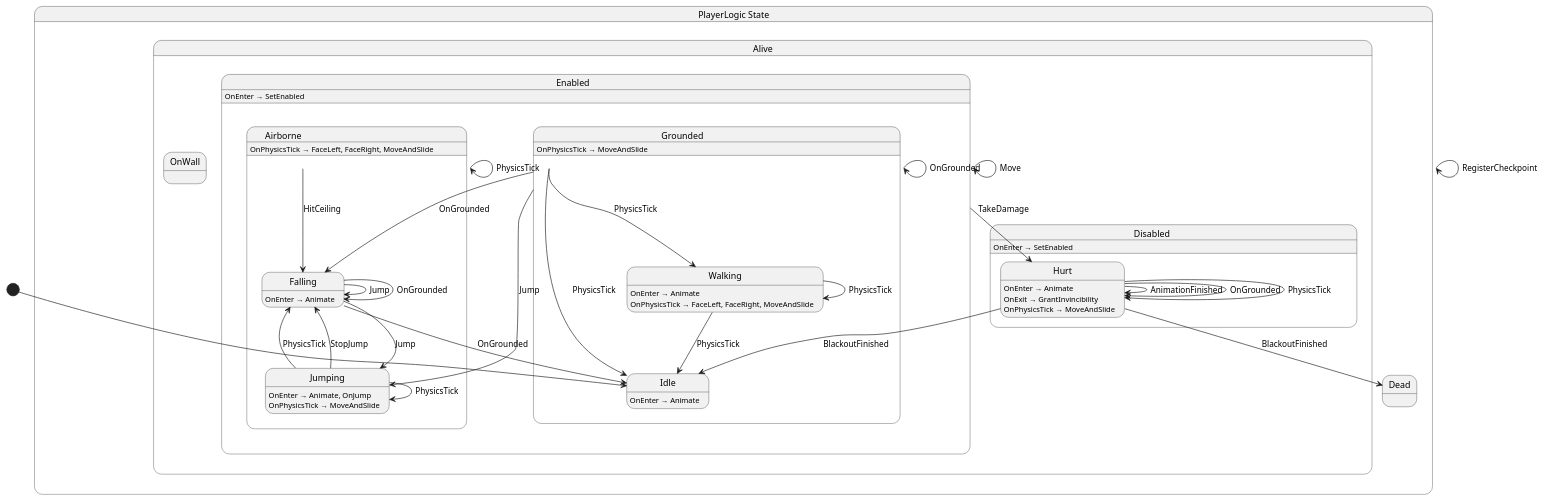
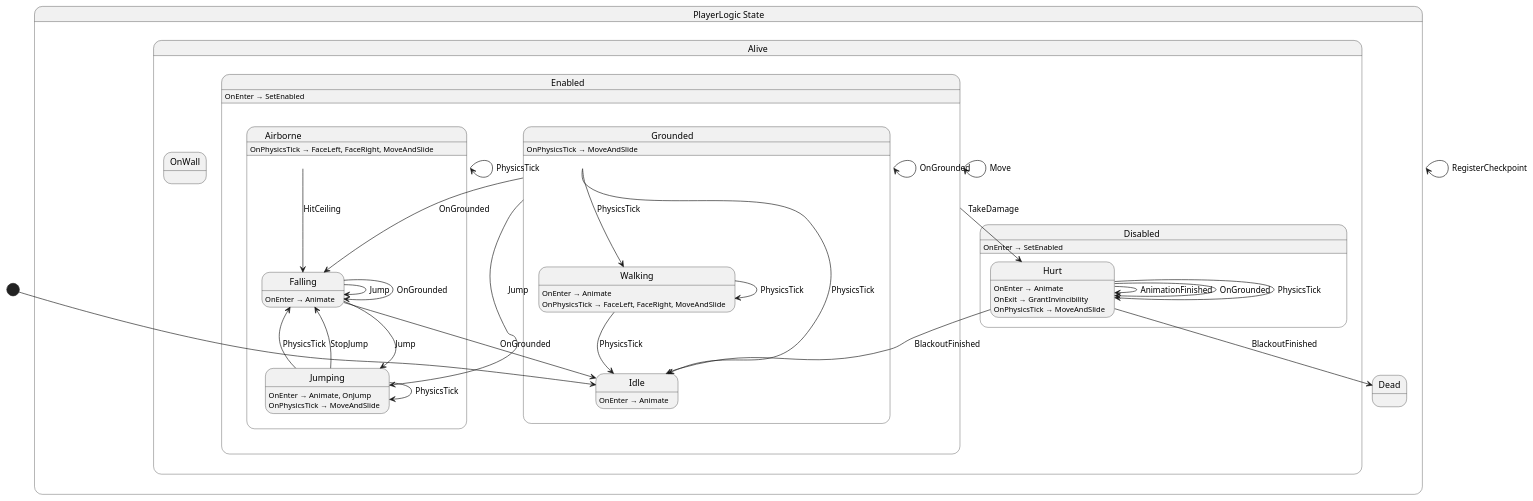
Before and after one commit to nilsiker/yolk: the diagram in Yolk.Logic/Player/PlayerLogic.g.puml, drawn with PlantUML. The commit also changed other lines of this file and 6 other files, not shown here.

```diff
--- a/Yolk.Logic/Player/PlayerLogic.g.puml
+++ b/Yolk.Logic/Player/PlayerLogic.g.puml
@@ -1,62 +1,62 @@
 @startuml PlayerLogic
 state "PlayerLogic State" as Yolk_Logic_Player_PlayerLogic_State {
   state "Alive" as Yolk_Logic_Player_PlayerLogic_State_Alive {
-    state "Disabled" as Yolk_Logic_Player_PlayerLogic_State_Alive_Disabled {
-      state "Hurt" as Yolk_Logic_Player_PlayerLogic_State_Alive_Disabled_Hurt
-    }
     state "Enabled" as Yolk_Logic_Player_PlayerLogic_State_Alive_Enabled {
+      state "Grounded" as Yolk_Logic_Player_PlayerLogic_State_Alive_Enabled_Grounded {
+        state "Walking" as Yolk_Logic_Player_PlayerLogic_State_Alive_Enabled_Grounded_Walking
+        state "Idle" as Yolk_Logic_Player_PlayerLogic_State_Alive_Enabled_Grounded_Idle
+      }
       state "Airborne" as Yolk_Logic_Player_PlayerLogic_State_Alive_Enabled_Airborne {
         state "Falling" as Yolk_Logic_Player_PlayerLogic_State_Alive_Enabled_Airborne_Falling
         state "Jumping" as Yolk_Logic_Player_PlayerLogic_State_Alive_Enabled_Airborne_Jumping
       }
-      state "Grounded" as Yolk_Logic_Player_PlayerLogic_State_Alive_Enabled_Grounded {
-        state "Idle" as Yolk_Logic_Player_PlayerLogic_State_Alive_Enabled_Grounded_Idle
-        state "Walking" as Yolk_Logic_Player_PlayerLogic_State_Alive_Enabled_Grounded_Walking
-      }
     }
     state "OnWall" as Yolk_Logic_Player_PlayerLogic_State_Alive_Enabled_OnWall
+    state "Disabled" as Yolk_Logic_Player_PlayerLogic_State_Alive_Disabled {
+      state "Hurt" as Yolk_Logic_Player_PlayerLogic_State_Alive_Disabled_Hurt
+    }
   }
   state "Dead" as Yolk_Logic_Player_PlayerLogic_State_Dead
 }
 
 Yolk_Logic_Player_PlayerLogic_State --> Yolk_Logic_Player_PlayerLogic_State : RegisterCheckpoint
 Yolk_Logic_Player_PlayerLogic_State_Alive_Disabled_Hurt --> Yolk_Logic_Player_PlayerLogic_State_Alive_Disabled_Hurt : AnimationFinished
 Yolk_Logic_Player_PlayerLogic_State_Alive_Disabled_Hurt --> Yolk_Logic_Player_PlayerLogic_State_Alive_Disabled_Hurt : OnGrounded
 Yolk_Logic_Player_PlayerLogic_State_Alive_Disabled_Hurt --> Yolk_Logic_Player_PlayerLogic_State_Alive_Disabled_Hurt : PhysicsTick
 Yolk_Logic_Player_PlayerLogic_State_Alive_Disabled_Hurt --> Yolk_Logic_Player_PlayerLogic_State_Alive_Enabled_Grounded_Idle : BlackoutFinished
 Yolk_Logic_Player_PlayerLogic_State_Alive_Disabled_Hurt --> Yolk_Logic_Player_PlayerLogic_State_Dead : BlackoutFinished
 Yolk_Logic_Player_PlayerLogic_State_Alive_Enabled --> Yolk_Logic_Player_PlayerLogic_State_Alive_Disabled_Hurt : TakeDamage
 Yolk_Logic_Player_PlayerLogic_State_Alive_Enabled --> Yolk_Logic_Player_PlayerLogic_State_Alive_Enabled : Move
 Yolk_Logic_Player_PlayerLogic_State_Alive_Enabled_Airborne --> Yolk_Logic_Player_PlayerLogic_State_Alive_Enabled_Airborne : PhysicsTick
 Yolk_Logic_Player_PlayerLogic_State_Alive_Enabled_Airborne --> Yolk_Logic_Player_PlayerLogic_State_Alive_Enabled_Airborne_Falling : HitCeiling
 Yolk_Logic_Player_PlayerLogic_State_Alive_Enabled_Airborne_Falling --> Yolk_Logic_Player_PlayerLogic_State_Alive_Enabled_Airborne_Falling : Jump
 Yolk_Logic_Player_PlayerLogic_State_Alive_Enabled_Airborne_Falling --> Yolk_Logic_Player_PlayerLogic_State_Alive_Enabled_Airborne_Falling : OnGrounded
 Yolk_Logic_Player_PlayerLogic_State_Alive_Enabled_Airborne_Falling --> Yolk_Logic_Player_PlayerLogic_State_Alive_Enabled_Airborne_Jumping : Jump
 Yolk_Logic_Player_PlayerLogic_State_Alive_Enabled_Airborne_Falling --> Yolk_Logic_Player_PlayerLogic_State_Alive_Enabled_Grounded_Idle : OnGrounded
 Yolk_Logic_Player_PlayerLogic_State_Alive_Enabled_Airborne_Jumping --> Yolk_Logic_Player_PlayerLogic_State_Alive_Enabled_Airborne_Falling : PhysicsTick
 Yolk_Logic_Player_PlayerLogic_State_Alive_Enabled_Airborne_Jumping --> Yolk_Logic_Player_PlayerLogic_State_Alive_Enabled_Airborne_Falling : StopJump
 Yolk_Logic_Player_PlayerLogic_State_Alive_Enabled_Airborne_Jumping --> Yolk_Logic_Player_PlayerLogic_State_Alive_Enabled_Airborne_Jumping : PhysicsTick
 Yolk_Logic_Player_PlayerLogic_State_Alive_Enabled_Grounded --> Yolk_Logic_Player_PlayerLogic_State_Alive_Enabled_Airborne_Falling : OnGrounded
 Yolk_Logic_Player_PlayerLogic_State_Alive_Enabled_Grounded --> Yolk_Logic_Player_PlayerLogic_State_Alive_Enabled_Airborne_Jumping : Jump
 Yolk_Logic_Player_PlayerLogic_State_Alive_Enabled_Grounded --> Yolk_Logic_Player_PlayerLogic_State_Alive_Enabled_Grounded : OnGrounded
 Yolk_Logic_Player_PlayerLogic_State_Alive_Enabled_Grounded --> Yolk_Logic_Player_PlayerLogic_State_Alive_Enabled_Grounded_Idle : PhysicsTick
 Yolk_Logic_Player_PlayerLogic_State_Alive_Enabled_Grounded --> Yolk_Logic_Player_PlayerLogic_State_Alive_Enabled_Grounded_Walking : PhysicsTick
 Yolk_Logic_Player_PlayerLogic_State_Alive_Enabled_Grounded_Walking --> Yolk_Logic_Player_PlayerLogic_State_Alive_Enabled_Grounded_Idle : PhysicsTick
 Yolk_Logic_Player_PlayerLogic_State_Alive_Enabled_Grounded_Walking --> Yolk_Logic_Player_PlayerLogic_State_Alive_Enabled_Grounded_Walking : PhysicsTick
 
 Yolk_Logic_Player_PlayerLogic_State_Alive_Disabled : OnEnter → SetEnabled
 Yolk_Logic_Player_PlayerLogic_State_Alive_Disabled_Hurt : OnEnter → Animate
 Yolk_Logic_Player_PlayerLogic_State_Alive_Disabled_Hurt : OnExit → GrantInvincibility
 Yolk_Logic_Player_PlayerLogic_State_Alive_Disabled_Hurt : OnPhysicsTick → MoveAndSlide
 Yolk_Logic_Player_PlayerLogic_State_Alive_Enabled : OnEnter → SetEnabled
 Yolk_Logic_Player_PlayerLogic_State_Alive_Enabled_Airborne : OnPhysicsTick → FaceLeft, FaceRight, MoveAndSlide
 Yolk_Logic_Player_PlayerLogic_State_Alive_Enabled_Airborne_Falling : OnEnter → Animate
 Yolk_Logic_Player_PlayerLogic_State_Alive_Enabled_Airborne_Jumping : OnEnter → Animate, OnJump
 Yolk_Logic_Player_PlayerLogic_State_Alive_Enabled_Airborne_Jumping : OnPhysicsTick → MoveAndSlide
 Yolk_Logic_Player_PlayerLogic_State_Alive_Enabled_Grounded : OnPhysicsTick → MoveAndSlide
 Yolk_Logic_Player_PlayerLogic_State_Alive_Enabled_Grounded_Idle : OnEnter → Animate
 Yolk_Logic_Player_PlayerLogic_State_Alive_Enabled_Grounded_Walking : OnEnter → Animate
 Yolk_Logic_Player_PlayerLogic_State_Alive_Enabled_Grounded_Walking : OnPhysicsTick → FaceLeft, FaceRight, MoveAndSlide
 
 [*] --> Yolk_Logic_Player_PlayerLogic_State_Alive_Enabled_Grounded_Idle
 @enduml
```
